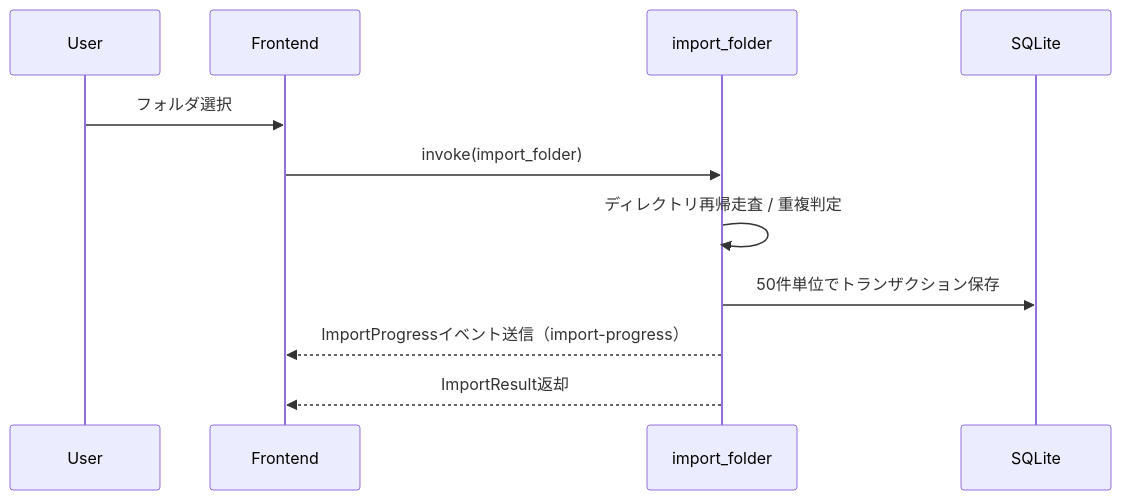
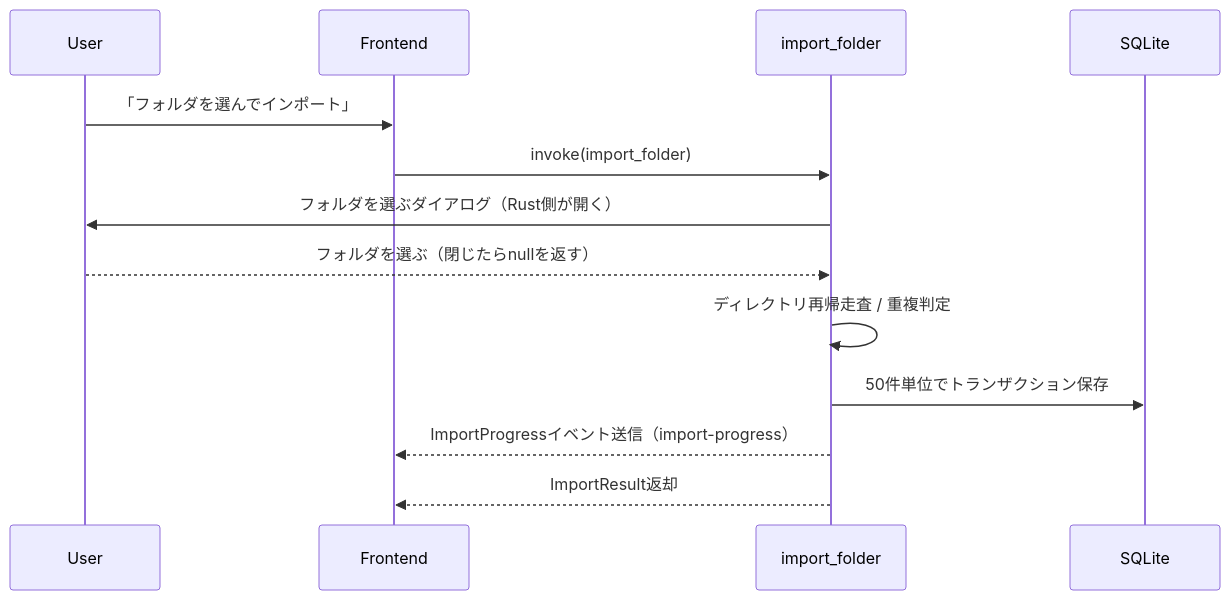
Before and after one commit to ban367/muspice: the second of 3 diagrams in docs/design/architecture.md, drawn with Mermaid. The commit also changed other lines of this file and 28 other files, not shown here.

````diff
--- a/docs/design/architecture.md
+++ b/docs/design/architecture.md
@@ -90,14 +90,16 @@
 ```mermaid
 sequenceDiagram
     participant User
     participant Frontend
     participant TauriCmd as import_folder
     participant DB as SQLite
 
-    User->>Frontend: フォルダ選択
+    User->>Frontend: 「フォルダを選んでインポート」
     Frontend->>TauriCmd: invoke(import_folder)
+    TauriCmd->>User: フォルダを選ぶダイアログ（Rust側が開く）
+    User-->>TauriCmd: フォルダを選ぶ（閉じたらnullを返す）
     TauriCmd->>TauriCmd: ディレクトリ再帰走査 / 重複判定
     TauriCmd->>DB: 50件単位でトランザクション保存
     TauriCmd-->>Frontend: ImportProgressイベント送信（import-progress）
     TauriCmd-->>Frontend: ImportResult返却
 ```
````
